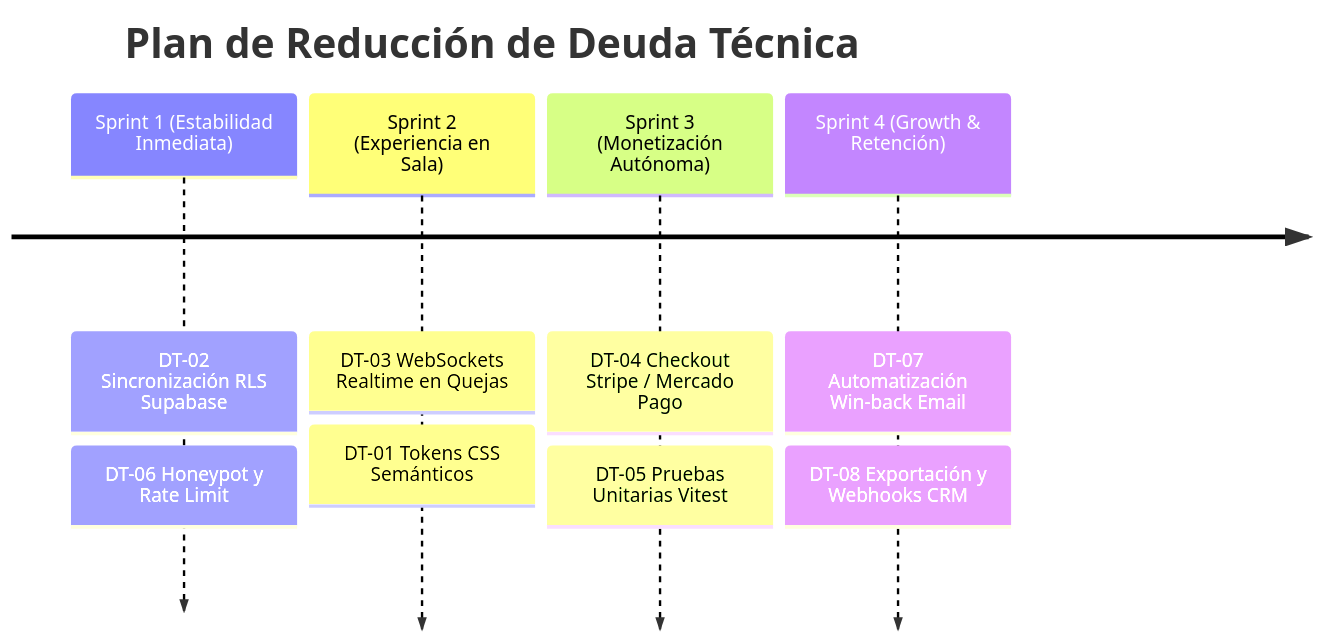
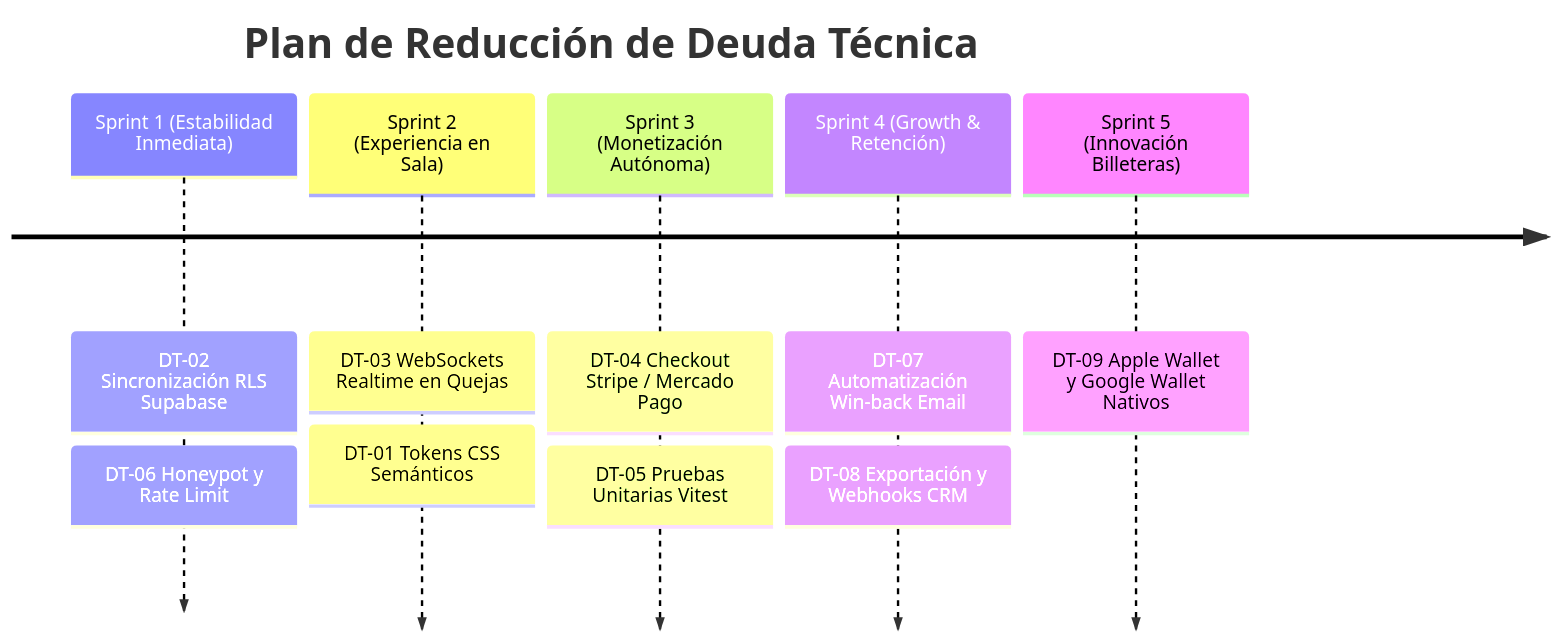
Before and after one commit to arteagaescorza-dev/google-reviews-nfc: the second of 2 diagrams in docs/DEUDA_TECNICA.md, drawn with Mermaid. The commit also changed other lines of this file and 1 other file, not shown here.

Commit message:
docs: formalize preapproved Phase 1 Web PWA / WhatsApp Pass and catalog DT-09 native Wallet integration

````diff
--- a/docs/DEUDA_TECNICA.md
+++ b/docs/DEUDA_TECNICA.md
@@ -124,8 +136,9 @@
 ```mermaid
 timeline
     title Plan de Reducción de Deuda Técnica
     Sprint 1 (Estabilidad Inmediata) : DT-02 Sincronización RLS Supabase : DT-06 Honeypot y Rate Limit
     Sprint 2 (Experiencia en Sala) : DT-03 WebSockets Realtime en Quejas : DT-01 Tokens CSS Semánticos
     Sprint 3 (Monetización Autónoma) : DT-04 Checkout Stripe / Mercado Pago : DT-05 Pruebas Unitarias Vitest
     Sprint 4 (Growth & Retención) : DT-07 Automatización Win-back Email : DT-08 Exportación y Webhooks CRM
+    Sprint 5 (Innovación Billeteras) : DT-09 Apple Wallet y Google Wallet Nativos
 ```
````
